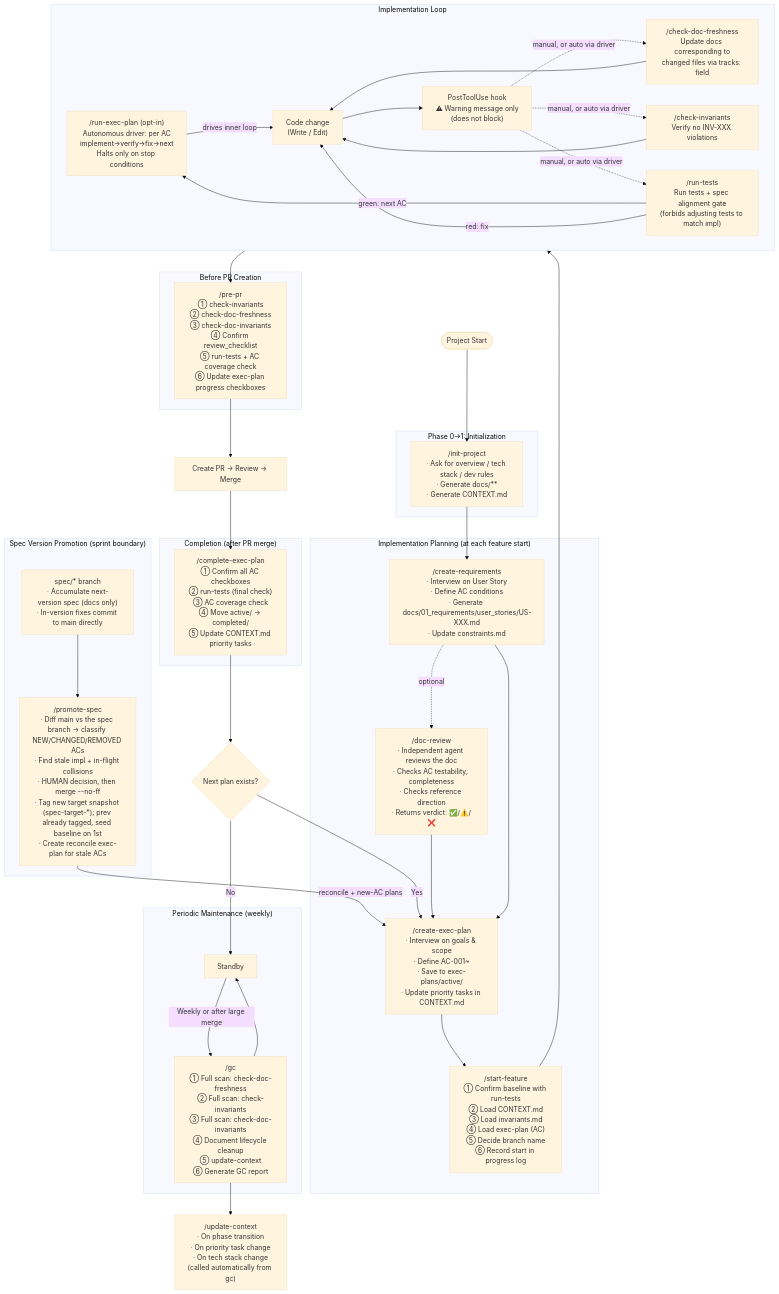
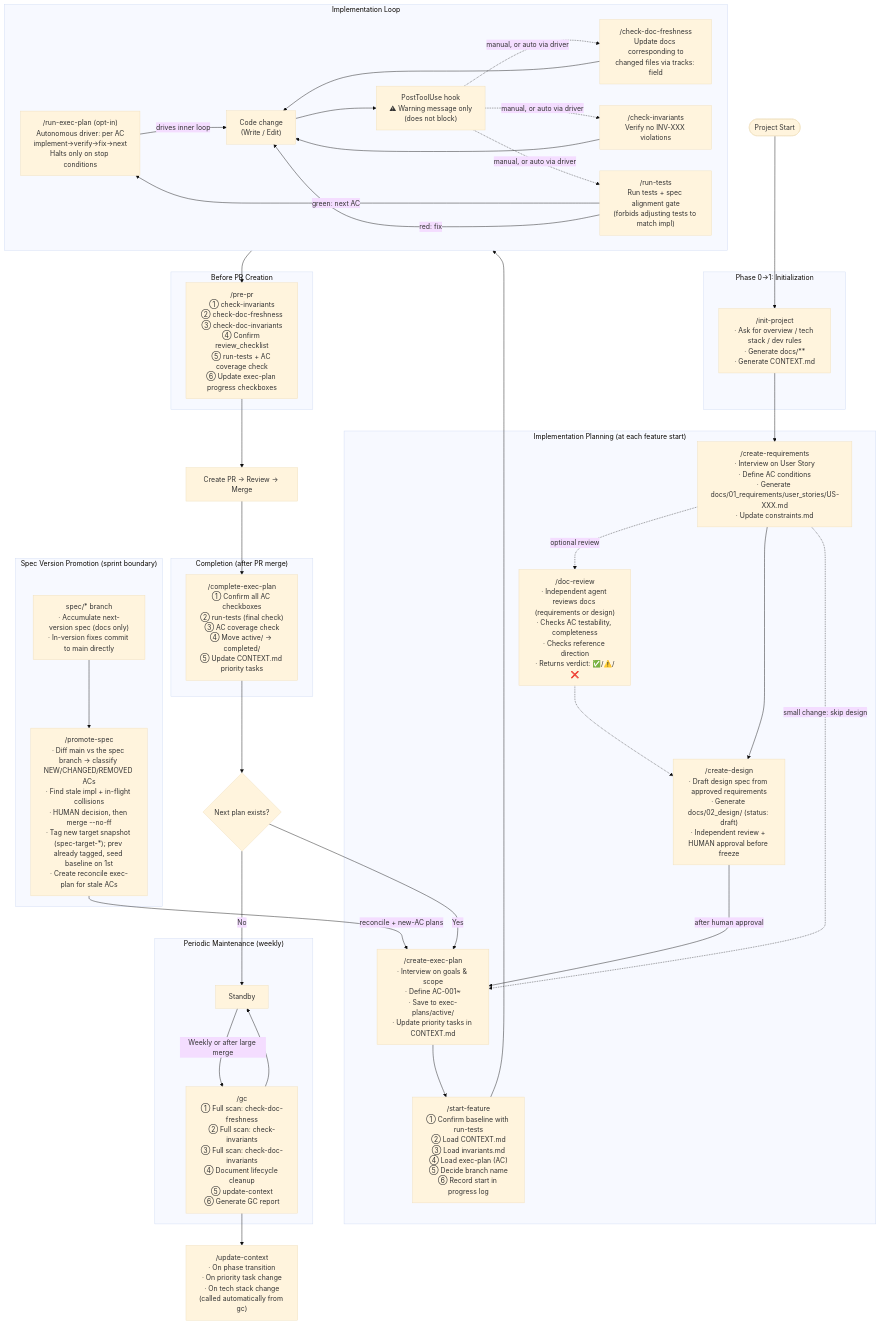
Before and after one commit to aki-senri/DocDDTemplate: the first of 2 diagrams in SKILL_FLOW.md, drawn with Mermaid (base theme). The commit also changed other lines of this file and 3 other files, not shown here.

First line of the commit message:
feat: 要件→設計仕様の起草スキル /create-design を追加（issue #15）

````diff
--- a/SKILL_FLOW.md
+++ b/SKILL_FLOW.md
@@ -11,79 +11,82 @@
 ```mermaid
 flowchart TD
     START([Project Start]) --> INIT
 
     subgraph PHASE01["Phase 0→1: Initialization"]
         INIT["/init-project\n· Ask for overview / tech stack / dev rules\n· Generate docs/**\n· Generate CONTEXT.md"]
     end
 
     INIT --> REQ
 
     subgraph PLAN_PHASE["Implementation Planning (at each feature start)"]
         REQ["/create-requirements\n· Interview on User Story\n· Define AC conditions\n· Generate docs/01_requirements/user_stories/US-XXX.md\n· Update constraints.md"]
-        REQ -.->|optional| DR
-        DR["/doc-review\n· Independent agent reviews the doc\n· Checks AC testability, completeness\n· Checks reference direction\n· Returns verdict: ✅/⚠️/❌"]
-        DR --> PLAN
-        REQ --> PLAN
+        REQ -.->|optional review| DR
+        DR["/doc-review\n· Independent agent reviews docs (requirements or design)\n· Checks AC testability, completeness\n· Checks reference direction\n· Returns verdict: ✅/⚠️/❌"]
+        DESIGN["/create-design\n· Draft design spec from approved requirements\n· Generate docs/02_design/ (status: draft)\n· Independent review + HUMAN approval before freeze"]
+        REQ --> DESIGN
+        DR -.-> DESIGN
+        DESIGN -->|after human approval| PLAN
+        REQ -.->|small change: skip design| PLAN
         PLAN["/create-exec-plan\n· Interview on goals & scope\n· Define AC-001~\n· Save to exec-plans/active/\n· Update priority tasks in CONTEXT.md"]
         PLAN --> SF
         SF["/start-feature\n① Confirm baseline with run-tests\n② Load CONTEXT.md\n③ Load invariants.md\n④ Load exec-plan (AC)\n⑤ Decide branch name\n⑥ Record start in progress log"]
     end
 
     SF --> IMPL
 
     subgraph IMPL["Implementation Loop"]
         DRIVER["/run-exec-plan (opt-in)\nAutonomous driver: per AC\nimplement→verify→fix→next\nHalts only on stop conditions"]
         CODE["Code change\n(Write / Edit)"]
         HOOK["PostToolUse hook\n⚠ Warning message only\n(does not block)"]
         CDF["/check-doc-freshness\nUpdate docs corresponding to\nchanged files via tracks: field"]
         CI["/check-invariants\nVerify no INV-XXX violations"]
         RT["/run-tests\nRun tests + spec alignment gate\n(forbids adjusting tests to match impl)"]
 
         DRIVER -->|drives inner loop| CODE
         CODE --> HOOK
         HOOK -.->|manual, or auto via driver| CDF
         HOOK -.->|manual, or auto via driver| CI
         HOOK -.->|manual, or auto via driver| RT
         CDF --> CODE
         CI --> CODE
         RT -->|green: next AC| DRIVER
         RT -->|red: fix| CODE
     end
 
     IMPL --> PREPR
 
     subgraph PREPR_PHASE["Before PR Creation"]
         PREPR["/pre-pr\n① check-invariants\n② check-doc-freshness\n③ check-doc-invariants\n④ Confirm review_checklist\n⑤ run-tests + AC coverage check\n⑥ Update exec-plan progress checkboxes"]
     end
 
     PREPR --> PR
     PR["Create PR → Review → Merge"]
     PR --> COMPLETE
 
     subgraph COMPLETE_PHASE["Completion (after PR merge)"]
         COMPLETE["/complete-exec-plan\n① Confirm all AC checkboxes\n② run-tests (final check)\n③ AC coverage check\n④ Move active/ → completed/\n⑤ Update CONTEXT.md priority tasks"]
     end
 
     COMPLETE --> NEXT
     NEXT{Next plan exists?}
     NEXT -->|Yes| PLAN
     NEXT -->|No| GC_WAIT
 
     subgraph GC_PHASE["Periodic Maintenance (weekly)"]
         GC_WAIT["Standby"]
         GC["/gc\n① Full scan: check-doc-freshness\n② Full scan: check-invariants\n③ Full scan: check-doc-invariants\n④ Document lifecycle cleanup\n⑤ update-context\n⑥ Generate GC report"]
         GC_WAIT -->|Weekly or after large merge| GC
         GC --> GC_WAIT
     end
 
     subgraph SPEC_PROMO["Spec Version Promotion (sprint boundary)"]
         SPECBR["spec/* branch\n· Accumulate next-version spec (docs only)\n· In-version fixes commit to main directly"]
         PROMO["/promote-spec\n· Diff main vs the spec branch → classify NEW/CHANGED/REMOVED ACs\n· Find stale impl + in-flight collisions\n· HUMAN decision, then merge --no-ff\n· Tag new target snapshot (spec-target-*); prev already tagged, seed baseline on 1st\n· Create reconcile exec-plan for stale ACs"]
         SPECBR --> PROMO
     end
 
     PROMO -->|reconcile + new-AC plans| PLAN
 
     UC["/update-context\n· On phase transition\n· On priority task change\n· On tech stack change\n(called automatically from gc)"]
     GC --> UC
 ```
````
